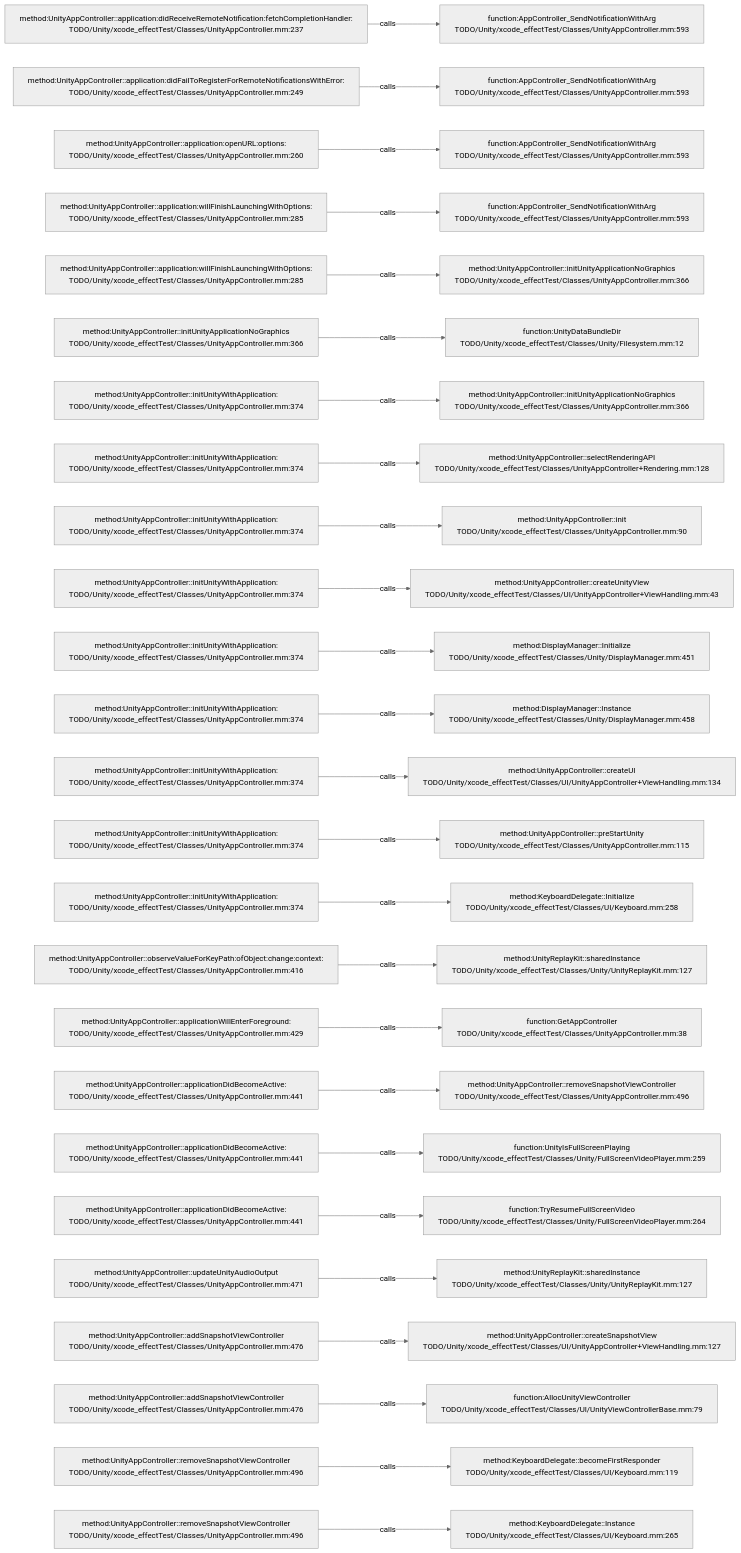
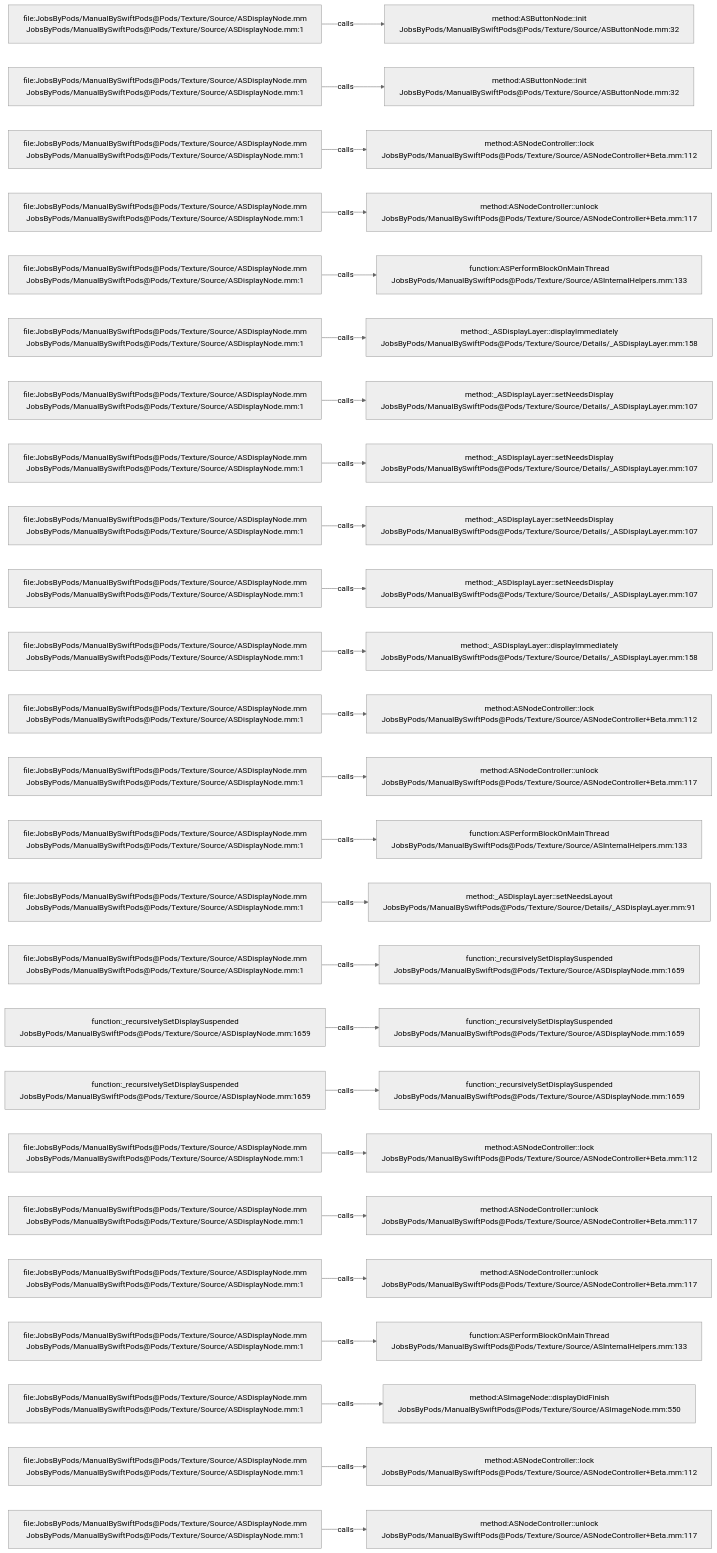
The diagram in .codegraph/codegraph.md/graphs/calls-049.md (JobsKits/JobsSwiftBaseConfigDemo), drawn with Mermaid (neutral theme) before and after one commit. The commit also changed 2959 other files, not shown here.

````diff
--- a/.codegraph/codegraph.md/graphs/calls-049.md
+++ b/.codegraph/codegraph.md/graphs/calls-049.md
@@ -13,78 +13,78 @@
 ```mermaid
 flowchart LR
-  S1["method:UnityAppController::application:didReceiveRemoteNotification:fetchCompletionHandler:<br/>TODO/Unity/xcode_effectTest/Classes/UnityAppController.mm:237"]
-  T1["function:AppController_SendNotificationWithArg<br/>TODO/Unity/xcode_effectTest/Classes/UnityAppController.mm:593"]
+  S1["file:JobsByPods/ManualBySwiftPods@Pods/Texture/Source/ASDisplayNode.mm<br/>JobsByPods/ManualBySwiftPods@Pods/Texture/Source/ASDisplayNode.mm:1"]
+  T1["method:ASButtonNode::init<br/>JobsByPods/ManualBySwiftPods@Pods/Texture/Source/ASButtonNode.mm:32"]
   S1 -->|calls| T1
-  S2["method:UnityAppController::application:didFailToRegisterForRemoteNotificationsWithError:<br/>TODO/Unity/xcode_effectTest/Classes/UnityAppController.mm:249"]
-  T2["function:AppController_SendNotificationWithArg<br/>TODO/Unity/xcode_effectTest/Classes/UnityAppController.mm:593"]
+  S2["file:JobsByPods/ManualBySwiftPods@Pods/Texture/Source/ASDisplayNode.mm<br/>JobsByPods/ManualBySwiftPods@Pods/Texture/Source/ASDisplayNode.mm:1"]
+  T2["method:ASButtonNode::init<br/>JobsByPods/ManualBySwiftPods@Pods/Texture/Source/ASButtonNode.mm:32"]
   S2 -->|calls| T2
-  S3["method:UnityAppController::application:openURL:options:<br/>TODO/Unity/xcode_effectTest/Classes/UnityAppController.mm:260"]
-  T3["function:AppController_SendNotificationWithArg<br/>TODO/Unity/xcode_effectTest/Classes/UnityAppController.mm:593"]
+  S3["file:JobsByPods/ManualBySwiftPods@Pods/Texture/Source/ASDisplayNode.mm<br/>JobsByPods/ManualBySwiftPods@Pods/Texture/Source/ASDisplayNode.mm:1"]
+  T3["method:ASNodeController::lock<br/>JobsByPods/ManualBySwiftPods@Pods/Texture/Source/ASNodeController+Beta.mm:112"]
   S3 -->|calls| T3
-  S4["method:UnityAppController::application:willFinishLaunchingWithOptions:<br/>TODO/Unity/xcode_effectTest/Classes/UnityAppController.mm:285"]
-  T4["function:AppController_SendNotificationWithArg<br/>TODO/Unity/xcode_effectTest/Classes/UnityAppController.mm:593"]
+  S4["file:JobsByPods/ManualBySwiftPods@Pods/Texture/Source/ASDisplayNode.mm<br/>JobsByPods/ManualBySwiftPods@Pods/Texture/Source/ASDisplayNode.mm:1"]
+  T4["method:ASNodeController::unlock<br/>JobsByPods/ManualBySwiftPods@Pods/Texture/Source/ASNodeController+Beta.mm:117"]
   S4 -->|calls| T4
-  S5["method:UnityAppController::application:willFinishLaunchingWithOptions:<br/>TODO/Unity/xcode_effectTest/Classes/UnityAppController.mm:285"]
-  T5["method:UnityAppController::initUnityApplicationNoGraphics<br/>TODO/Unity/xcode_effectTest/Classes/UnityAppController.mm:366"]
+  S5["file:JobsByPods/ManualBySwiftPods@Pods/Texture/Source/ASDisplayNode.mm<br/>JobsByPods/ManualBySwiftPods@Pods/Texture/Source/ASDisplayNode.mm:1"]
+  T5["function:ASPerformBlockOnMainThread<br/>JobsByPods/ManualBySwiftPods@Pods/Texture/Source/ASInternalHelpers.mm:133"]
   S5 -->|calls| T5
-  S6["method:UnityAppController::initUnityApplicationNoGraphics<br/>TODO/Unity/xcode_effectTest/Classes/UnityAppController.mm:366"]
-  T6["function:UnityDataBundleDir<br/>TODO/Unity/xcode_effectTest/Classes/Unity/Filesystem.mm:12"]
+  S6["file:JobsByPods/ManualBySwiftPods@Pods/Texture/Source/ASDisplayNode.mm<br/>JobsByPods/ManualBySwiftPods@Pods/Texture/Source/ASDisplayNode.mm:1"]
+  T6["method:_ASDisplayLayer::displayImmediately<br/>JobsByPods/ManualBySwiftPods@Pods/Texture/Source/Details/_ASDisplayLayer.mm:158"]
   S6 -->|calls| T6
-  S7["method:UnityAppController::initUnityWithApplication:<br/>TODO/Unity/xcode_effectTest/Classes/UnityAppController.mm:374"]
-  T7["method:UnityAppController::initUnityApplicationNoGraphics<br/>TODO/Unity/xcode_effectTest/Classes/UnityAppController.mm:366"]
+  S7["file:JobsByPods/ManualBySwiftPods@Pods/Texture/Source/ASDisplayNode.mm<br/>JobsByPods/ManualBySwiftPods@Pods/Texture/Source/ASDisplayNode.mm:1"]
+  T7["method:_ASDisplayLayer::setNeedsDisplay<br/>JobsByPods/ManualBySwiftPods@Pods/Texture/Source/Details/_ASDisplayLayer.mm:107"]
   S7 -->|calls| T7
-  S8["method:UnityAppController::initUnityWithApplication:<br/>TODO/Unity/xcode_effectTest/Classes/UnityAppController.mm:374"]
-  T8["method:UnityAppController::selectRenderingAPI<br/>TODO/Unity/xcode_effectTest/Classes/UnityAppController+Rendering.mm:128"]
+  S8["file:JobsByPods/ManualBySwiftPods@Pods/Texture/Source/ASDisplayNode.mm<br/>JobsByPods/ManualBySwiftPods@Pods/Texture/Source/ASDisplayNode.mm:1"]
+  T8["method:_ASDisplayLayer::setNeedsDisplay<br/>JobsByPods/ManualBySwiftPods@Pods/Texture/Source/Details/_ASDisplayLayer.mm:107"]
   S8 -->|calls| T8
-  S9["method:UnityAppController::initUnityWithApplication:<br/>TODO/Unity/xcode_effectTest/Classes/UnityAppController.mm:374"]
-  T9["method:UnityAppController::init<br/>TODO/Unity/xcode_effectTest/Classes/UnityAppController.mm:90"]
+  S9["file:JobsByPods/ManualBySwiftPods@Pods/Texture/Source/ASDisplayNode.mm<br/>JobsByPods/ManualBySwiftPods@Pods/Texture/Source/ASDisplayNode.mm:1"]
+  T9["method:_ASDisplayLayer::setNeedsDisplay<br/>JobsByPods/ManualBySwiftPods@Pods/Texture/Source/Details/_ASDisplayLayer.mm:107"]
   S9 -->|calls| T9
-  S10["method:UnityAppController::initUnityWithApplication:<br/>TODO/Unity/xcode_effectTest/Classes/UnityAppController.mm:374"]
-  T10["method:UnityAppController::createUnityView<br/>TODO/Unity/xcode_effectTest/Classes/UI/UnityAppController+ViewHandling.mm:43"]
+  S10["file:JobsByPods/ManualBySwiftPods@Pods/Texture/Source/ASDisplayNode.mm<br/>JobsByPods/ManualBySwiftPods@Pods/Texture/Source/ASDisplayNode.mm:1"]
+  T10["method:_ASDisplayLayer::setNeedsDisplay<br/>JobsByPods/ManualBySwiftPods@Pods/Texture/Source/Details/_ASDisplayLayer.mm:107"]
   S10 -->|calls| T10
-  S11["method:UnityAppController::initUnityWithApplication:<br/>TODO/Unity/xcode_effectTest/Classes/UnityAppController.mm:374"]
-  T11["method:DisplayManager::Initialize<br/>TODO/Unity/xcode_effectTest/Classes/Unity/DisplayManager.mm:451"]
+  S11["file:JobsByPods/ManualBySwiftPods@Pods/Texture/Source/ASDisplayNode.mm<br/>JobsByPods/ManualBySwiftPods@Pods/Texture/Source/ASDisplayNode.mm:1"]
+  T11["method:_ASDisplayLayer::displayImmediately<br/>JobsByPods/ManualBySwiftPods@Pods/Texture/Source/Details/_ASDisplayLayer.mm:158"]
   S11 -->|calls| T11
-  S12["method:UnityAppController::initUnityWithApplication:<br/>TODO/Unity/xcode_effectTest/Classes/UnityAppController.mm:374"]
-  T12["method:DisplayManager::Instance<br/>TODO/Unity/xcode_effectTest/Classes/Unity/DisplayManager.mm:458"]
+  S12["file:JobsByPods/ManualBySwiftPods@Pods/Texture/Source/ASDisplayNode.mm<br/>JobsByPods/ManualBySwiftPods@Pods/Texture/Source/ASDisplayNode.mm:1"]
+  T12["method:ASNodeController::lock<br/>JobsByPods/ManualBySwiftPods@Pods/Texture/Source/ASNodeController+Beta.mm:112"]
   S12 -->|calls| T12
-  S13["method:UnityAppController::initUnityWithApplication:<br/>TODO/Unity/xcode_effectTest/Classes/UnityAppController.mm:374"]
-  T13["method:UnityAppController::createUI<br/>TODO/Unity/xcode_effectTest/Classes/UI/UnityAppController+ViewHandling.mm:134"]
+  S13["file:JobsByPods/ManualBySwiftPods@Pods/Texture/Source/ASDisplayNode.mm<br/>JobsByPods/ManualBySwiftPods@Pods/Texture/Source/ASDisplayNode.mm:1"]
+  T13["method:ASNodeController::unlock<br/>JobsByPods/ManualBySwiftPods@Pods/Texture/Source/ASNodeController+Beta.mm:117"]
   S13 -->|calls| T13
-  S14["method:UnityAppController::initUnityWithApplication:<br/>TODO/Unity/xcode_effectTest/Classes/UnityAppController.mm:374"]
-  T14["method:UnityAppController::preStartUnity<br/>TODO/Unity/xcode_effectTest/Classes/UnityAppController.mm:115"]
+  S14["file:JobsByPods/ManualBySwiftPods@Pods/Texture/Source/ASDisplayNode.mm<br/>JobsByPods/ManualBySwiftPods@Pods/Texture/Source/ASDisplayNode.mm:1"]
+  T14["function:ASPerformBlockOnMainThread<br/>JobsByPods/ManualBySwiftPods@Pods/Texture/Source/ASInternalHelpers.mm:133"]
   S14 -->|calls| T14
-  S15["method:UnityAppController::initUnityWithApplication:<br/>TODO/Unity/xcode_effectTest/Classes/UnityAppController.mm:374"]
-  T15["method:KeyboardDelegate::Initialize<br/>TODO/Unity/xcode_effectTest/Classes/UI/Keyboard.mm:258"]
+  S15["file:JobsByPods/ManualBySwiftPods@Pods/Texture/Source/ASDisplayNode.mm<br/>JobsByPods/ManualBySwiftPods@Pods/Texture/Source/ASDisplayNode.mm:1"]
+  T15["method:_ASDisplayLayer::setNeedsLayout<br/>JobsByPods/ManualBySwiftPods@Pods/Texture/Source/Details/_ASDisplayLayer.mm:91"]
   S15 -->|calls| T15
-  S16["method:UnityAppController::observeValueForKeyPath:ofObject:change:context:<br/>TODO/Unity/xcode_effectTest/Classes/UnityAppController.mm:416"]
-  T16["method:UnityReplayKit::sharedInstance<br/>TODO/Unity/xcode_effectTest/Classes/Unity/UnityReplayKit.mm:127"]
+  S16["file:JobsByPods/ManualBySwiftPods@Pods/Texture/Source/ASDisplayNode.mm<br/>JobsByPods/ManualBySwiftPods@Pods/Texture/Source/ASDisplayNode.mm:1"]
+  T16["function:_recursivelySetDisplaySuspended<br/>JobsByPods/ManualBySwiftPods@Pods/Texture/Source/ASDisplayNode.mm:1659"]
   S16 -->|calls| T16
-  S17["method:UnityAppController::applicationWillEnterForeground:<br/>TODO/Unity/xcode_effectTest/Classes/UnityAppController.mm:429"]
-  T17["function:GetAppController<br/>TODO/Unity/xcode_effectTest/Classes/UnityAppController.mm:38"]
+  S17["function:_recursivelySetDisplaySuspended<br/>JobsByPods/ManualBySwiftPods@Pods/Texture/Source/ASDisplayNode.mm:1659"]
+  T17["function:_recursivelySetDisplaySuspended<br/>JobsByPods/ManualBySwiftPods@Pods/Texture/Source/ASDisplayNode.mm:1659"]
   S17 -->|calls| T17
-  S18["method:UnityAppController::applicationDidBecomeActive:<br/>TODO/Unity/xcode_effectTest/Classes/UnityAppController.mm:441"]
-  T18["method:UnityAppController::removeSnapshotViewController<br/>TODO/Unity/xcode_effectTest/Classes/UnityAppController.mm:496"]
+  S18["function:_recursivelySetDisplaySuspended<br/>JobsByPods/ManualBySwiftPods@Pods/Texture/Source/ASDisplayNode.mm:1659"]
+  T18["function:_recursivelySetDisplaySuspended<br/>JobsByPods/ManualBySwiftPods@Pods/Texture/Source/ASDisplayNode.mm:1659"]
   S18 -->|calls| T18
-  S19["method:UnityAppController::applicationDidBecomeActive:<br/>TODO/Unity/xcode_effectTest/Classes/UnityAppController.mm:441"]
-  T19["function:UnityIsFullScreenPlaying<br/>TODO/Unity/xcode_effectTest/Classes/Unity/FullScreenVideoPlayer.mm:259"]
+  S19["file:JobsByPods/ManualBySwiftPods@Pods/Texture/Source/ASDisplayNode.mm<br/>JobsByPods/ManualBySwiftPods@Pods/Texture/Source/ASDisplayNode.mm:1"]
+  T19["method:ASNodeController::lock<br/>JobsByPods/ManualBySwiftPods@Pods/Texture/Source/ASNodeController+Beta.mm:112"]
   S19 -->|calls| T19
-  S20["method:UnityAppController::applicationDidBecomeActive:<br/>TODO/Unity/xcode_effectTest/Classes/UnityAppController.mm:441"]
-  T20["function:TryResumeFullScreenVideo<br/>TODO/Unity/xcode_effectTest/Classes/Unity/FullScreenVideoPlayer.mm:264"]
+  S20["file:JobsByPods/ManualBySwiftPods@Pods/Texture/Source/ASDisplayNode.mm<br/>JobsByPods/ManualBySwiftPods@Pods/Texture/Source/ASDisplayNode.mm:1"]
+  T20["method:ASNodeController::unlock<br/>JobsByPods/ManualBySwiftPods@Pods/Texture/Source/ASNodeController+Beta.mm:117"]
   S20 -->|calls| T20
-  S21["method:UnityAppController::updateUnityAudioOutput<br/>TODO/Unity/xcode_effectTest/Classes/UnityAppController.mm:471"]
-  T21["method:UnityReplayKit::sharedInstance<br/>TODO/Unity/xcode_effectTest/Classes/Unity/UnityReplayKit.mm:127"]
+  S21["file:JobsByPods/ManualBySwiftPods@Pods/Texture/Source/ASDisplayNode.mm<br/>JobsByPods/ManualBySwiftPods@Pods/Texture/Source/ASDisplayNode.mm:1"]
+  T21["method:ASNodeController::unlock<br/>JobsByPods/ManualBySwiftPods@Pods/Texture/Source/ASNodeController+Beta.mm:117"]
   S21 -->|calls| T21
-  S22["method:UnityAppController::addSnapshotViewController<br/>TODO/Unity/xcode_effectTest/Classes/UnityAppController.mm:476"]
-  T22["method:UnityAppController::createSnapshotView<br/>TODO/Unity/xcode_effectTest/Classes/UI/UnityAppController+ViewHandling.mm:127"]
+  S22["file:JobsByPods/ManualBySwiftPods@Pods/Texture/Source/ASDisplayNode.mm<br/>JobsByPods/ManualBySwiftPods@Pods/Texture/Source/ASDisplayNode.mm:1"]
+  T22["function:ASPerformBlockOnMainThread<br/>JobsByPods/ManualBySwiftPods@Pods/Texture/Source/ASInternalHelpers.mm:133"]
   S22 -->|calls| T22
-  S23["method:UnityAppController::addSnapshotViewController<br/>TODO/Unity/xcode_effectTest/Classes/UnityAppController.mm:476"]
-  T23["function:AllocUnityViewController<br/>TODO/Unity/xcode_effectTest/Classes/UI/UnityViewControllerBase.mm:79"]
+  S23["file:JobsByPods/ManualBySwiftPods@Pods/Texture/Source/ASDisplayNode.mm<br/>JobsByPods/ManualBySwiftPods@Pods/Texture/Source/ASDisplayNode.mm:1"]
+  T23["method:ASImageNode::displayDidFinish<br/>JobsByPods/ManualBySwiftPods@Pods/Texture/Source/ASImageNode.mm:550"]
   S23 -->|calls| T23
-  S24["method:UnityAppController::removeSnapshotViewController<br/>TODO/Unity/xcode_effectTest/Classes/UnityAppController.mm:496"]
-  T24["method:KeyboardDelegate::becomeFirstResponder<br/>TODO/Unity/xcode_effectTest/Classes/UI/Keyboard.mm:119"]
+  S24["file:JobsByPods/ManualBySwiftPods@Pods/Texture/Source/ASDisplayNode.mm<br/>JobsByPods/ManualBySwiftPods@Pods/Texture/Source/ASDisplayNode.mm:1"]
+  T24["method:ASNodeController::lock<br/>JobsByPods/ManualBySwiftPods@Pods/Texture/Source/ASNodeController+Beta.mm:112"]
   S24 -->|calls| T24
-  S25["method:UnityAppController::removeSnapshotViewController<br/>TODO/Unity/xcode_effectTest/Classes/UnityAppController.mm:496"]
-  T25["method:KeyboardDelegate::Instance<br/>TODO/Unity/xcode_effectTest/Classes/UI/Keyboard.mm:265"]
+  S25["file:JobsByPods/ManualBySwiftPods@Pods/Texture/Source/ASDisplayNode.mm<br/>JobsByPods/ManualBySwiftPods@Pods/Texture/Source/ASDisplayNode.mm:1"]
+  T25["method:ASNodeController::unlock<br/>JobsByPods/ManualBySwiftPods@Pods/Texture/Source/ASNodeController+Beta.mm:117"]
   S25 -->|calls| T25
 ```
````
